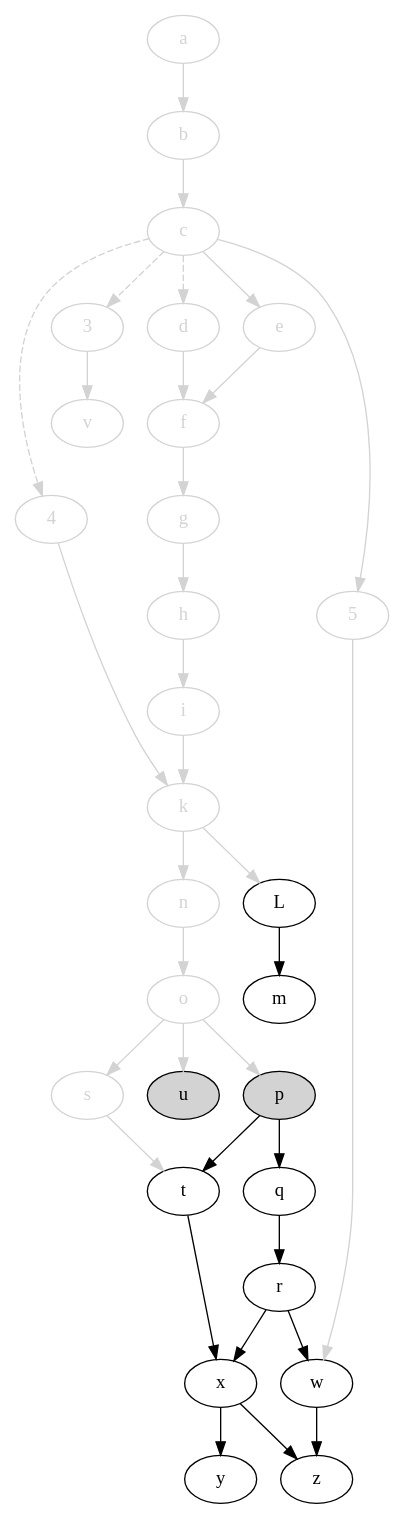
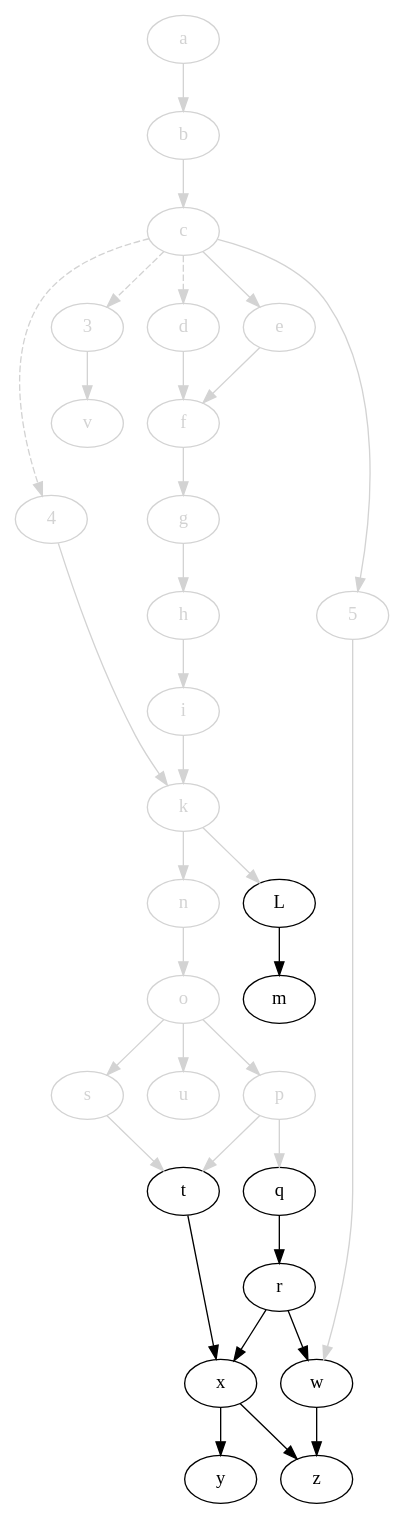
The diagram in svm-startup-deps.dot (jdmpapin/svm-startup-deps), drawn with Graphviz before and after one commit. The commit also changed 1 other file, not shown here.

```diff
--- a/svm-startup-deps.dot
+++ b/svm-startup-deps.dot
@@ -1,67 +1,67 @@
 digraph {
     // open: [style=filled,fillcolor=lightgrey]
     // closed: [color=lightgrey,fontcolor=lightgrey]
 
     4 [color=lightgrey,fontcolor=lightgrey];
     3 [color=lightgrey,fontcolor=lightgrey];
     a [color=lightgrey,fontcolor=lightgrey];
     b [color=lightgrey,fontcolor=lightgrey];
     c [color=lightgrey,fontcolor=lightgrey];
     d [color=lightgrey,fontcolor=lightgrey];
     e [color=lightgrey,fontcolor=lightgrey];
     f [color=lightgrey,fontcolor=lightgrey];
     g [color=lightgrey,fontcolor=lightgrey];
     h [color=lightgrey,fontcolor=lightgrey];
     i [color=lightgrey,fontcolor=lightgrey];
     k [color=lightgrey,fontcolor=lightgrey];
     L;
     m;
     5 [color=lightgrey,fontcolor=lightgrey];
     n [color=lightgrey,fontcolor=lightgrey];
     o [color=lightgrey,fontcolor=lightgrey];
-    p [style=filled,fillcolor=lightgrey];
+    p [color=lightgrey,fontcolor=lightgrey];
     q;
     r;
     s [color=lightgrey,fontcolor=lightgrey];
     t;
-    u [style=filled,fillcolor=lightgrey];
+    u [color=lightgrey,fontcolor=lightgrey];
     v [color=lightgrey,fontcolor=lightgrey];
     w;
     x;
     y;
     z;
 
     4 -> k [color=lightgrey];
     c -> 4 [style=dashed,color=lightgrey];
     c -> 3 [style=dashed,color=lightgrey];
     c -> d [style=dashed,color=lightgrey];
     3 -> v [color=lightgrey];
     a -> b [color=lightgrey];
     b -> c [color=lightgrey];
     c -> e [color=lightgrey];
     c -> 5 [color=lightgrey];
     d -> f [color=lightgrey];
     e -> f [color=lightgrey];
     f -> g [color=lightgrey];
     g -> h [color=lightgrey];
     h -> i [color=lightgrey];
     i -> k [color=lightgrey];
     k -> L [color=lightgrey];
     L -> m;
     k -> n [color=lightgrey];
     n -> o [color=lightgrey];
     o -> p [color=lightgrey];
-    p -> q;
+    p -> q [color=lightgrey];
     q -> r;
     o -> s [color=lightgrey];
     s -> t [color=lightgrey];
-    p -> t;
+    p -> t [color=lightgrey];
     o -> u [color=lightgrey];
     5 -> w [color=lightgrey];
     r -> w;
     t -> x;
     r -> x;
     x -> y;
     x -> z;
     w -> z;
 }
```
